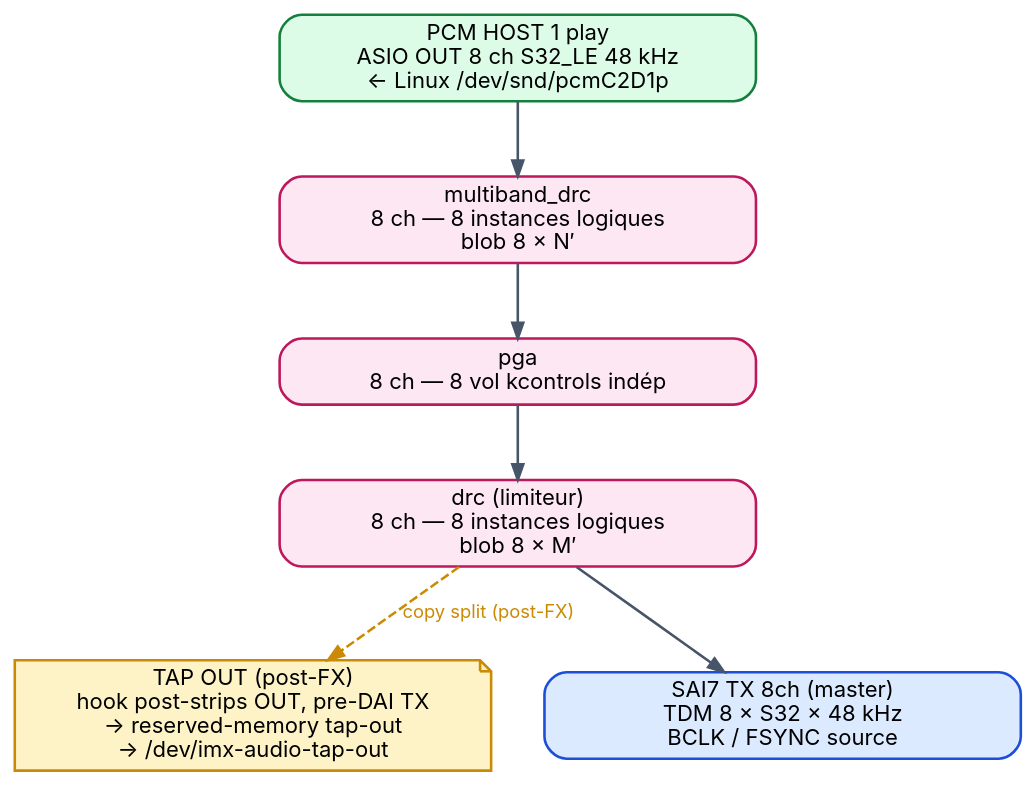
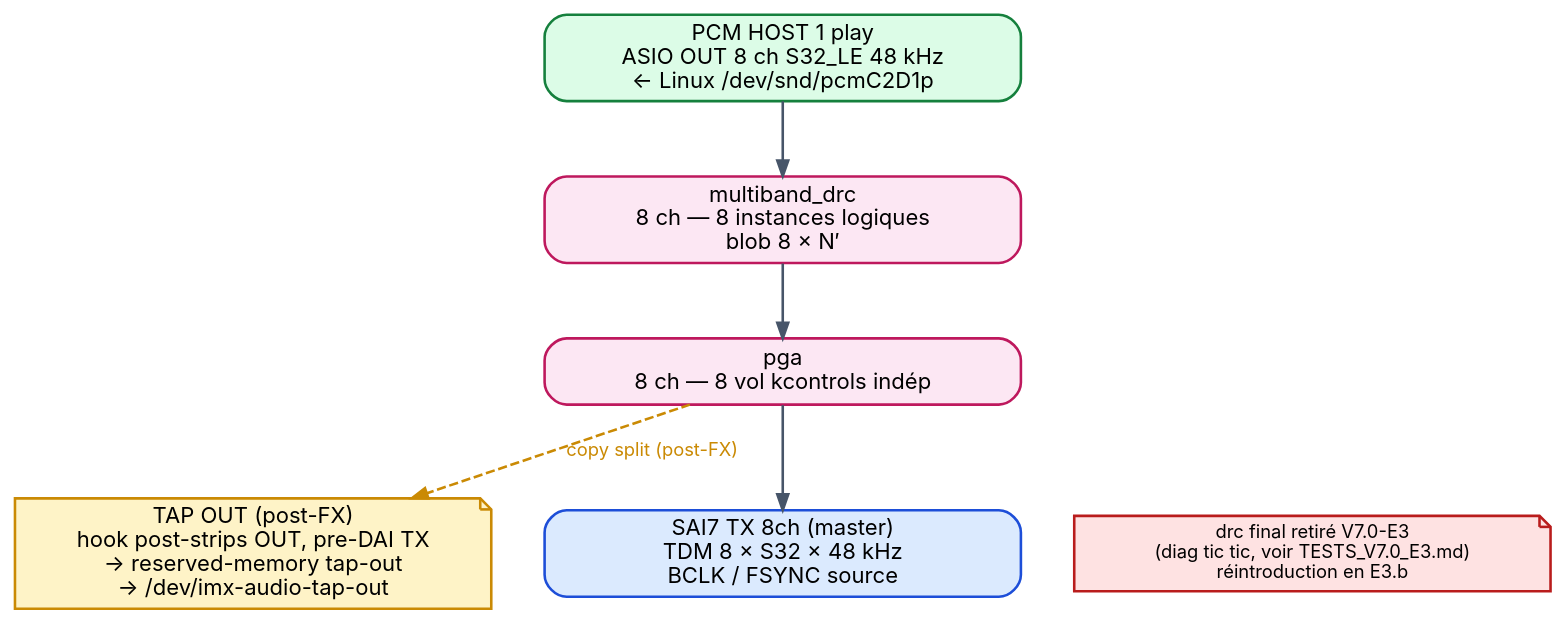
Before and after one commit to Mjxkill/yocto-nxp-debix: the diagram in ARCHI/V7.0_assets/pipe2_play.dot, drawn with Graphviz. The commit also changed 8 other files, not shown here.

First line of the commit message:
tests + ARCHI: V7.0-E0/E3 GO — chaîne play définitive multiband + pga

```diff
--- a/ARCHI/V7.0_assets/pipe2_play.dot
+++ b/ARCHI/V7.0_assets/pipe2_play.dot
@@ -1,19 +1,19 @@
 digraph pipe2play {
   rankdir=TB
   graph [bgcolor=transparent fontname="Inter" pad=0.3 nodesep=0.4 ranksep=0.55]
   node [fontname="Inter" fontsize=12 shape=box style="rounded,filled" color="#334155" penwidth=1.4]
   edge [fontname="Inter" fontsize=10 color="#475569" penwidth=1.4 arrowsize=0.85]
 
   pcm1   [label="PCM HOST 1 play\nASIO OUT 8 ch S32_LE 48 kHz\n← Linux /dev/snd/pcmC2D1p" fillcolor="#dcfce7" color="#15803d" width=3.6]
   mb     [label="multiband_drc\n8 ch — 8 instances logiques\nblob 8 × N′" fillcolor="#fce7f3" color="#be185d" width=3.6]
   pga    [label="pga\n8 ch — 8 vol kcontrols indép" fillcolor="#fce7f3" color="#be185d" width=3.6]
-  drc    [label="drc (limiteur)\n8 ch — 8 instances logiques\nblob 8 × M′" fillcolor="#fce7f3" color="#be185d" width=3.6]
   tap_out[label="TAP OUT (post-FX)\nhook post-strips OUT, pre-DAI TX\n→ reserved-memory tap-out\n→ /dev/imx-audio-tap-out" fillcolor="#fef3c7" color="#ca8a04" shape=note width=3.6]
   saitx  [label="SAI7 TX 8ch (master)\nTDM 8 × S32 × 48 kHz\nBCLK / FSYNC source" fillcolor="#dbeafe" color="#1d4ed8" width=3.6]
+  note_drc [label="drc final retiré V7.0-E3\n(diag tic tic, voir TESTS_V7.0_E3.md)\nréintroduction en E3.b" fillcolor="#fee2e2" color="#b91c1c" shape=note fontsize=10 width=3.6]
 
   pcm1 -> mb
   mb   -> pga
-  pga  -> drc
-  drc  -> tap_out [label="copy split (post-FX)" style=dashed color="#ca8a04" fontcolor="#ca8a04"]
-  drc  -> saitx
+  pga  -> tap_out [label="copy split (post-FX)" style=dashed color="#ca8a04" fontcolor="#ca8a04"]
+  pga  -> saitx
+  pga  -> note_drc [style=invis]
 }
```
